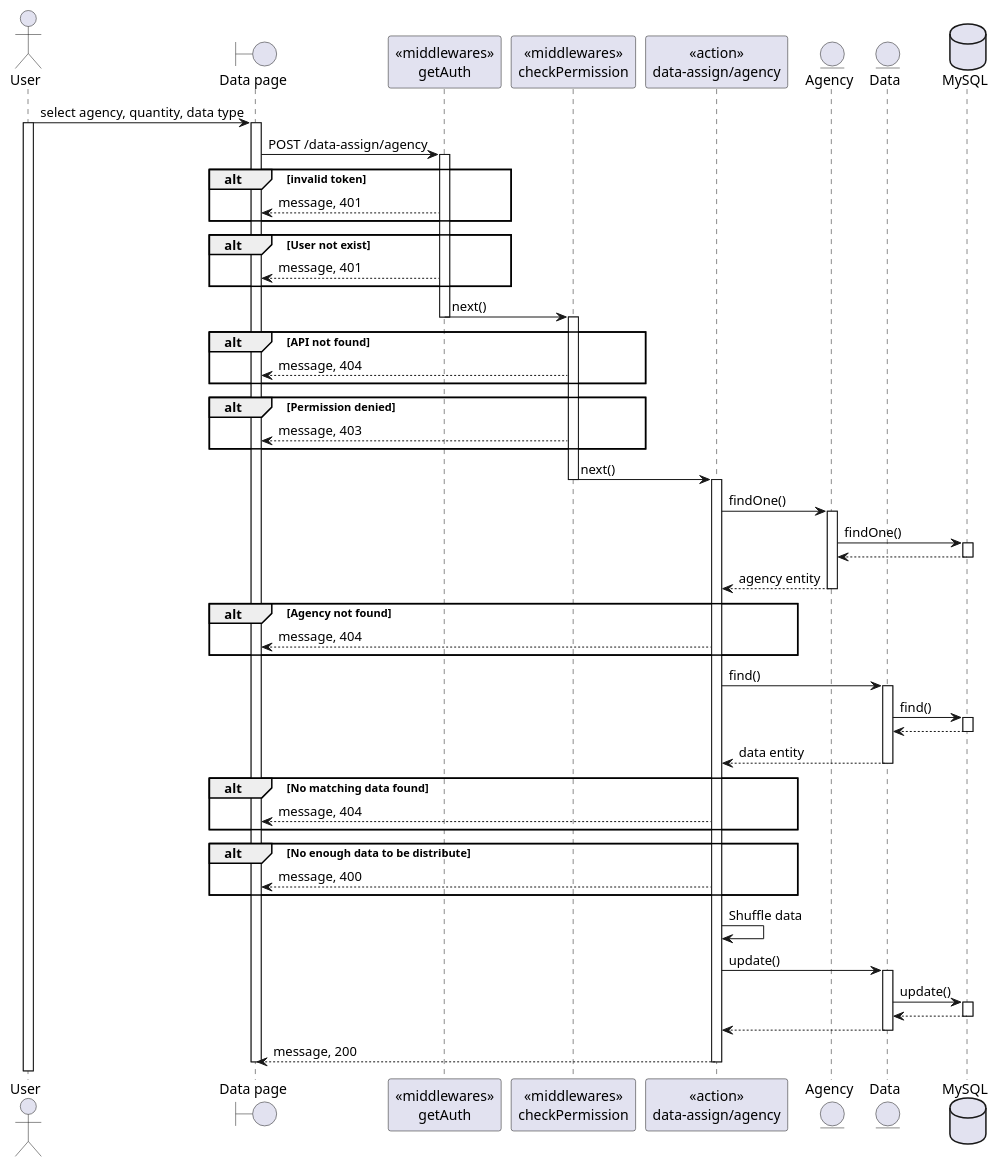
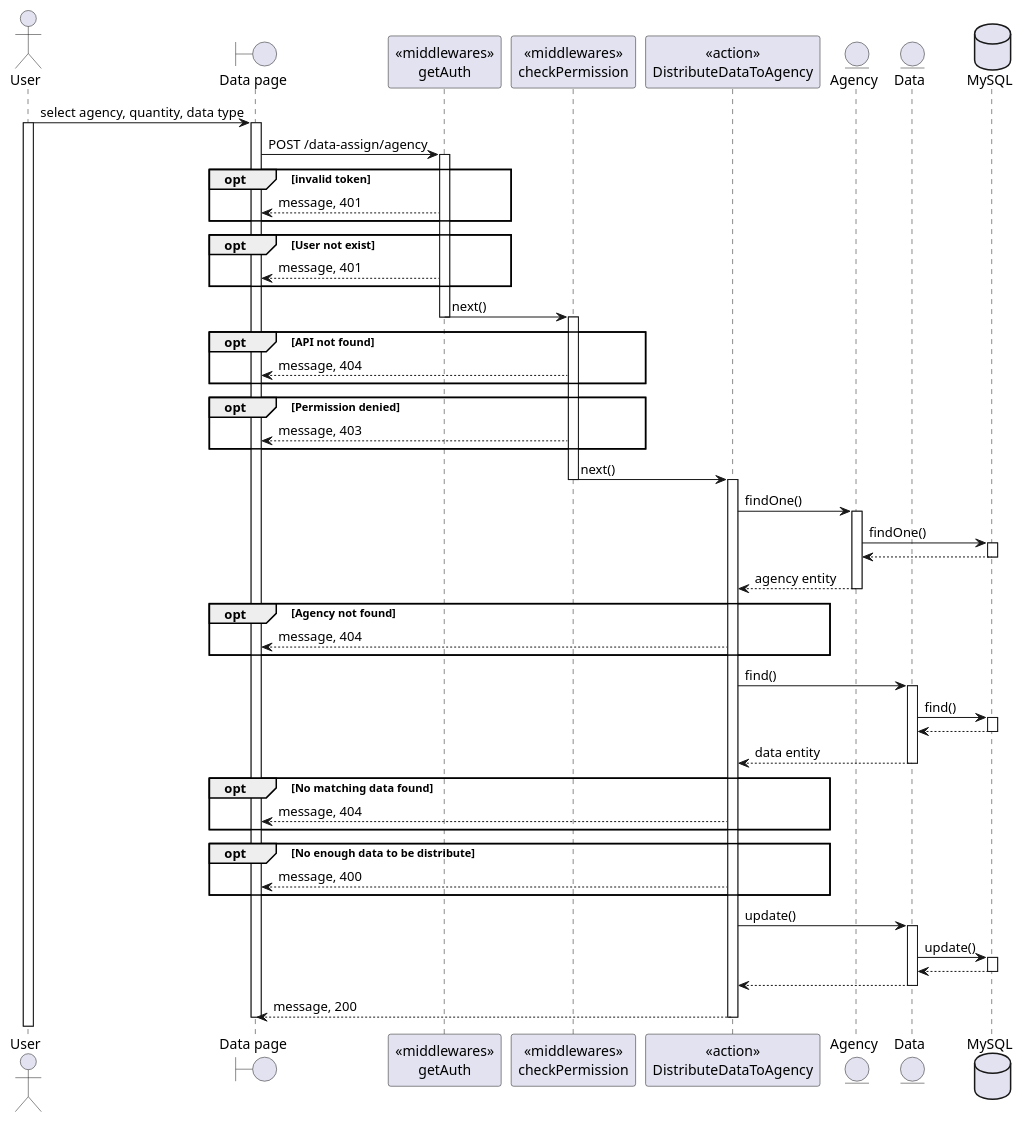
The diagram in SequeceDiagram/data/adminAgency.wsd (BunnyButtpowder/TeleLink-Original), drawn with PlantUML before and after one commit. The commit also changed 13 other files, not shown here.

Commit message:
sequence diagram

```diff
--- a/SequeceDiagram/data/adminAgency.wsd
+++ b/SequeceDiagram/data/adminAgency.wsd
@@ -1,74 +1,73 @@
 @startuml
 actor User
 boundary "Data page" as Client
 participant "<<middlewares>>\ngetAuth" as mid1
 participant "<<middlewares>>\ncheckPermission" as mid2
-participant "<<action>>\ndata-assign/agency" as Controller
+participant "<<action>>\nDistributeDataToAgency" as Controller
 entity "Agency" as Model1
 entity "Data" as Model2
 
 database "MySQL" as DB
 
 User -> Client: select agency, quantity, data type
 activate User
 activate Client
 Client -> mid1: POST /data-assign/agency
 activate mid1
-alt invalid token
+opt invalid token
     mid1 --> Client: message, 401
 end
-alt User not exist
+opt User not exist
     mid1 --> Client: message, 401
 end
 mid1 -> mid2: next()
 deactivate mid1
 activate mid2
-alt API not found
+opt API not found
     mid2 --> Client: message, 404
 end
-alt Permission denied
+opt Permission denied
     mid2 --> Client: message, 403
 end
 mid2 -> Controller: next()
 deactivate mid2
 activate Controller
 
 Controller -> Model1: findOne()
 activate Model1
 Model1 -> DB: findOne()
 activate DB
 DB --> Model1
 deactivate DB
 Model1 --> Controller: agency entity
 deactivate Model1
-alt Agency not found
+opt Agency not found
     Controller --> Client: message, 404
 end
 Controller -> Model2: find()
 activate Model2
 Model2 -> DB: find()
 activate DB
 DB --> Model2
 deactivate DB
 Model2 --> Controller: data entity
 deactivate Model2
-alt No matching data found
+opt No matching data found
     Controller --> Client: message, 404
 end
-alt No enough data to be distribute
+opt No enough data to be distribute
     Controller --> Client: message, 400
 end
-Controller -> Controller: Shuffle data
 Controller -> Model2: update()
 activate Model2
 Model2 -> DB: update()
 activate DB
 DB --> Model2
 deactivate DB
 Model2 --> Controller
 deactivate Model2
 Controller --> Client: message, 200
 deactivate Controller
 deactivate Client
 
 @enduml
```
